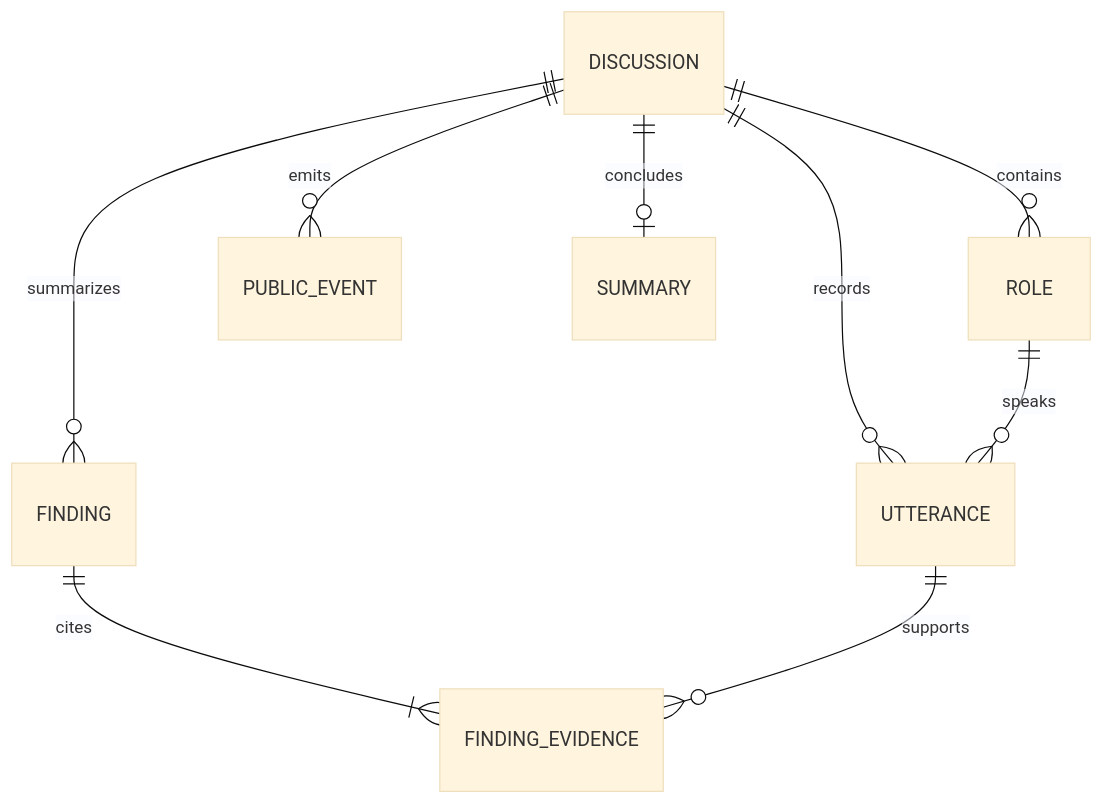
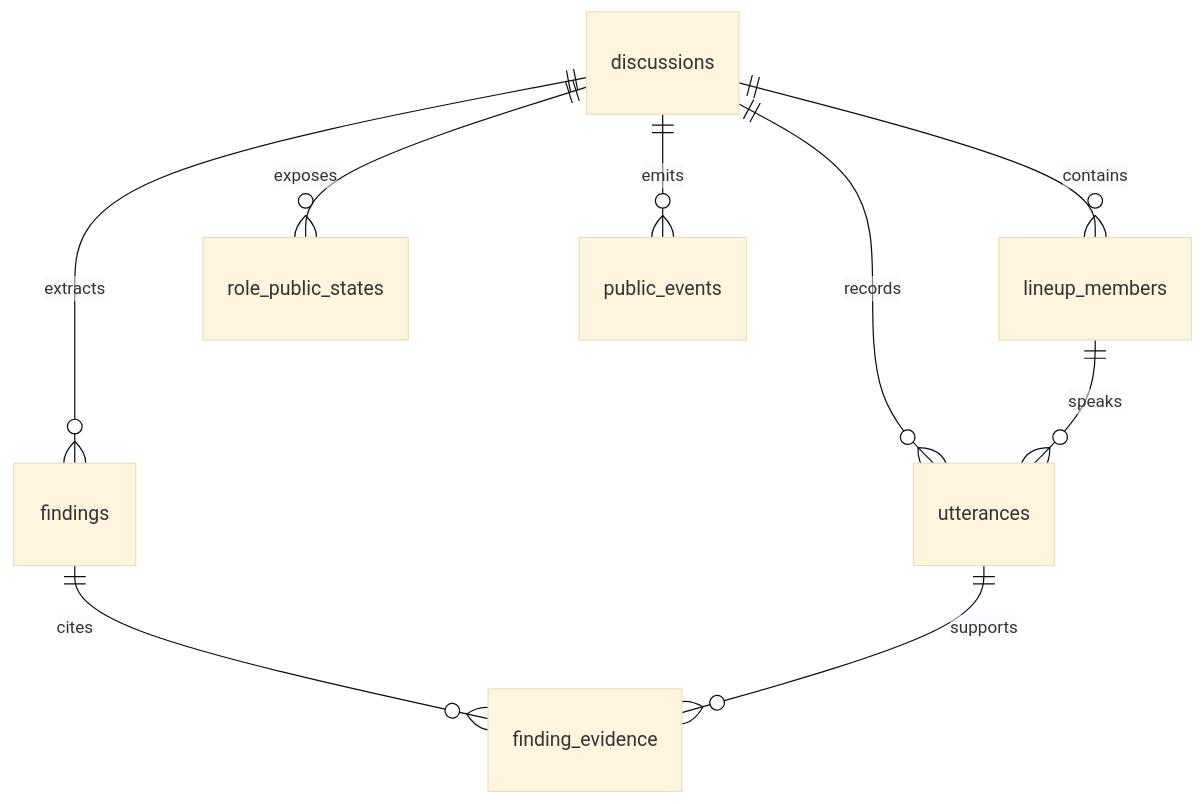
Before and after one commit to schen0690-boop/-mvp: the first of 3 diagrams in docs/architecture.md, drawn with Mermaid (base theme). The commit also changed other lines of this file and 57 other files, not shown here.

````diff
--- a/docs/architecture.md
+++ b/docs/architecture.md
@@ -32,11 +24,11 @@
 ```mermaid
 erDiagram
-  DISCUSSION ||--o{ ROLE : contains
-  DISCUSSION ||--o{ UTTERANCE : records
-  ROLE ||--o{ UTTERANCE : speaks
-  DISCUSSION ||--o{ FINDING : summarizes
-  FINDING ||--|{ FINDING_EVIDENCE : cites
-  UTTERANCE ||--o{ FINDING_EVIDENCE : supports
-  DISCUSSION ||--o{ PUBLIC_EVENT : emits
-  DISCUSSION ||--o| SUMMARY : concludes
+  discussions ||--o{ lineup_members : contains
+  discussions ||--o{ utterances : records
+  lineup_members ||--o{ utterances : speaks
+  discussions ||--o{ findings : extracts
+  findings ||--o{ finding_evidence : cites
+  utterances ||--o{ finding_evidence : supports
+  discussions ||--o{ role_public_states : exposes
+  discussions ||--o{ public_events : emits
 ```
````
